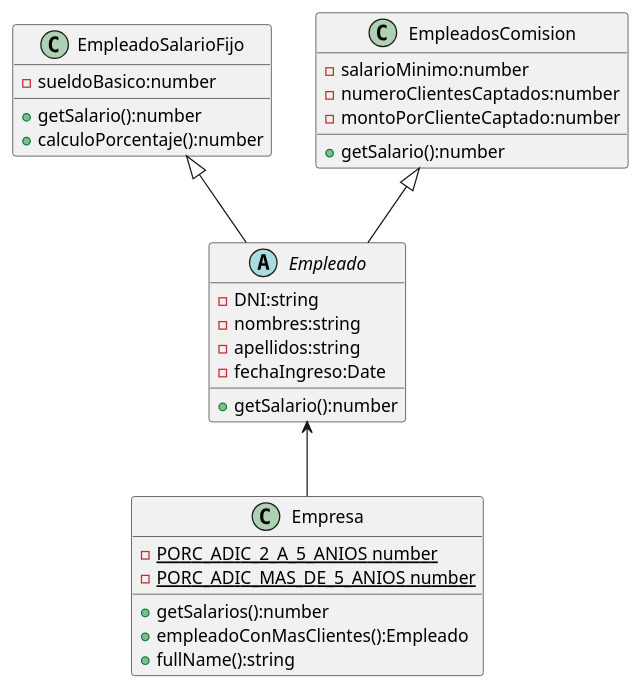
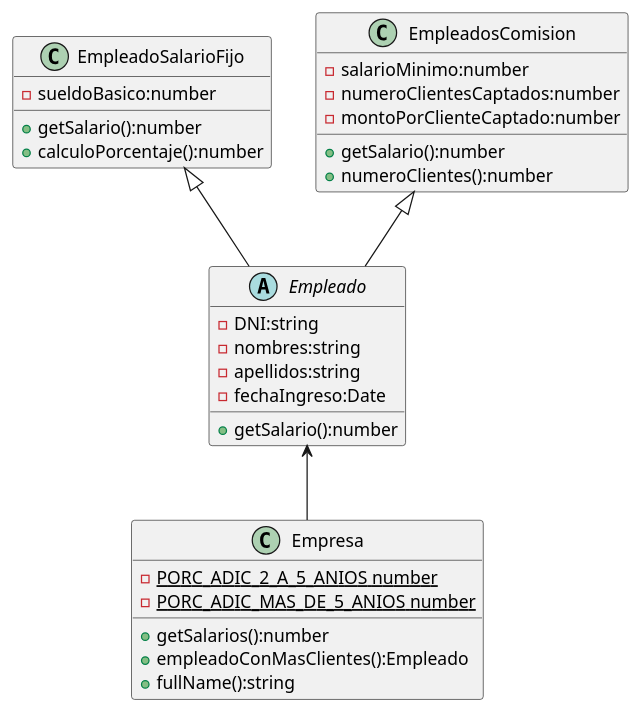
One commit to wilmansirit/UMLs changed the diagram in PolimorfismoUML/Empleados.puml. Above: the diagram before and after it, drawn with PlantUML. The commit also changed 4 other files, not shown here.

```diff
--- a/PolimorfismoUML/Empleados.puml
+++ b/PolimorfismoUML/Empleados.puml
@@ -1,46 +1,47 @@
 @startuml "Empleados"
 
 class Empresa {
     {static} - PORC_ADIC_2_A_5_ANIOS number
     {static} - PORC_ADIC_MAS_DE_5_ANIOS number
     
 
     + getSalarios():number
     + empleadoConMasClientes():Empleado
     + fullName():string
 
 }
 
 abstract class Empleado {
     - DNI:string 
     - nombres:string
     - apellidos:string
     - fechaIngreso:Date 
 
     + getSalario():number
 
 
 }
 
 class EmpleadoSalarioFijo {
     - sueldoBasico:number
 
     + getSalario():number
     + calculoPorcentaje():number
     
 }
 
 class EmpleadosComision {
     - salarioMinimo:number
     - numeroClientesCaptados:number
     - montoPorClienteCaptado:number
 
     + getSalario():number
+    + numeroClientes():number
 }
 
 Empleado <-- Empresa
 EmpleadoSalarioFijo <|-- Empleado
 EmpleadosComision <|-- Empleado
 
 
 @enduml
```
